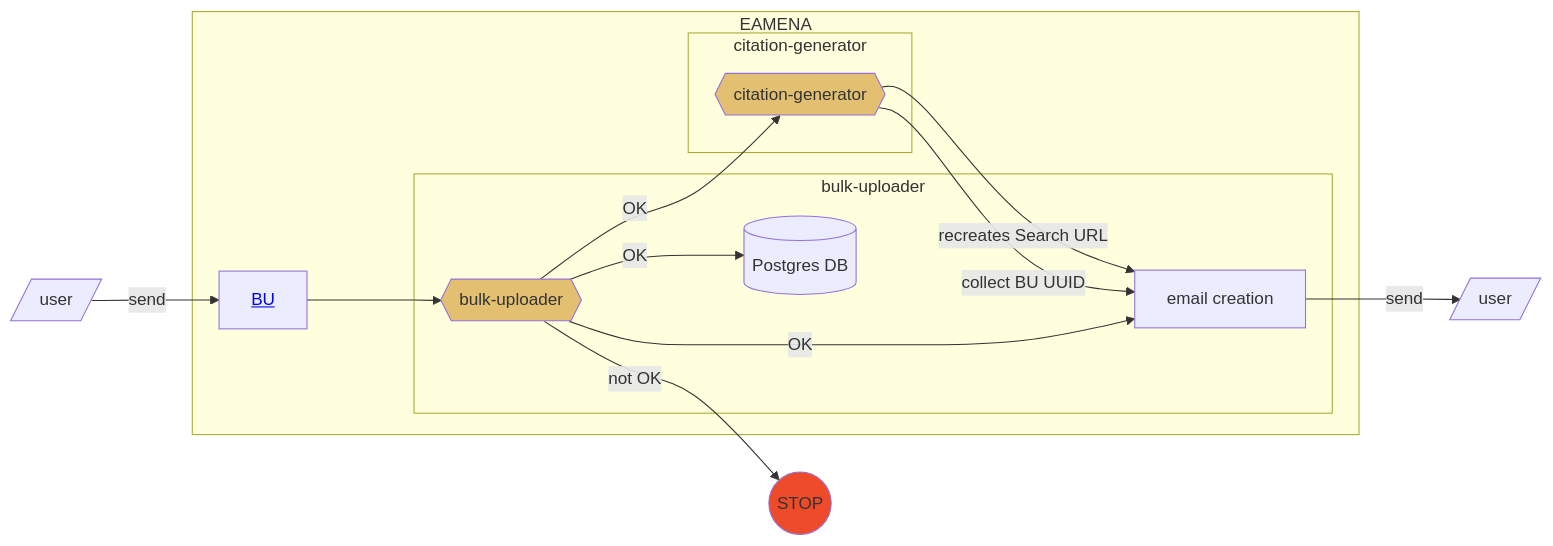
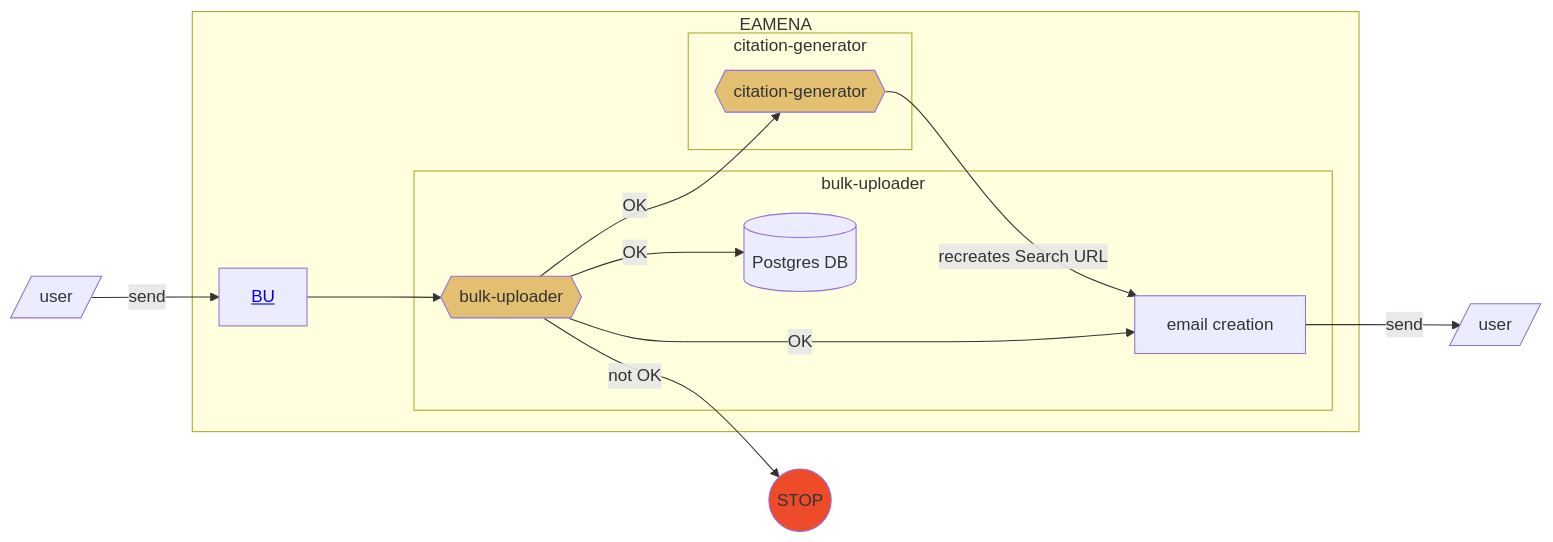
Before and after one commit to eamena-project/eamena-arches-dev: the first of 2 diagrams in data/bibref/README.md, drawn with Mermaid.

Commit message:
citation README

````diff
--- a/data/bibref/README.md
+++ b/data/bibref/README.md
@@ -12,21 +12,20 @@
 ```mermaid
 flowchart LR
 	U[/user/] -- send --> A[<a href='https://github.com/eamena-project/eamena-arches-dev/blob/main/dbs/database.eamena/docs/notes/Arches%207%20Upgrade.md#splitchunk'>BU</a>]
 	subgraph EAMENA
 		A ---> B{{bulk-uploader}}:::eamenaFunc;
 		subgraph bulk-uploader
 		B -- OK --> H[email creation];
 		B -- OK --> C[(Postgres DB)];
 		end	
 	B -- OK --> E{{citation-generator}}:::eamenaFunc;
 		subgraph citation-generator
 		E
 		end
-		E -- collect BU UUID --> H;
 		E -- recreates Search URL --> H;
 	end
 	H -- send --> I[/user/];
 	B -- not OK --> D((STOP)):::stop;
 	classDef eamenaFunc fill:#e3c071;
 	classDef stop fill:#EE4B2B;
 ```
````
